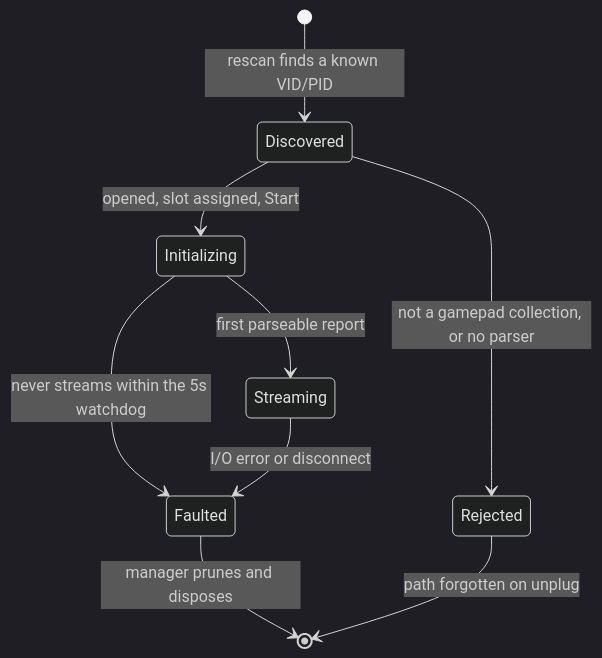
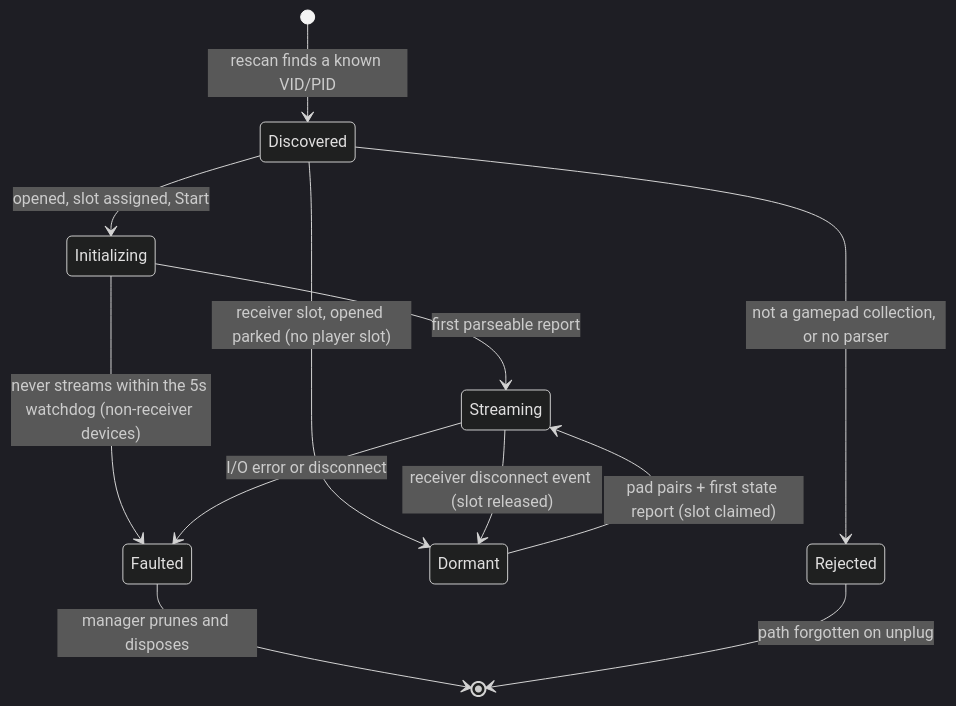
Before and after one commit to ByteTerrace/Puck: the third of 4 diagrams in src/Puck.Input/README.md, drawn with Mermaid (dark theme). The commit also changed other lines of this file and 1659 other files, not shown here.

````diff
--- a/src/Puck.Input/README.md
+++ b/src/Puck.Input/README.md
@@ -171,11 +182,14 @@
 ```mermaid
 stateDiagram-v2
     [*] --> Discovered: rescan finds a known VID/PID
     Discovered --> Rejected: not a gamepad collection, or no parser
     Discovered --> Initializing: opened, slot assigned, Start
+    Discovered --> Dormant: receiver slot, opened parked (no player slot)
+    Dormant --> Streaming: pad pairs + first state report (slot claimed)
+    Streaming --> Dormant: receiver disconnect event (slot released)
     Initializing --> Streaming: first parseable report
-    Initializing --> Faulted: never streams within the 5s watchdog
+    Initializing --> Faulted: never streams within the 5s watchdog (non-receiver devices)
     Streaming --> Faulted: I/O error or disconnect
     Faulted --> [*]: manager prunes and disposes
     Rejected --> [*]: path forgotten on unplug
 ```
````
